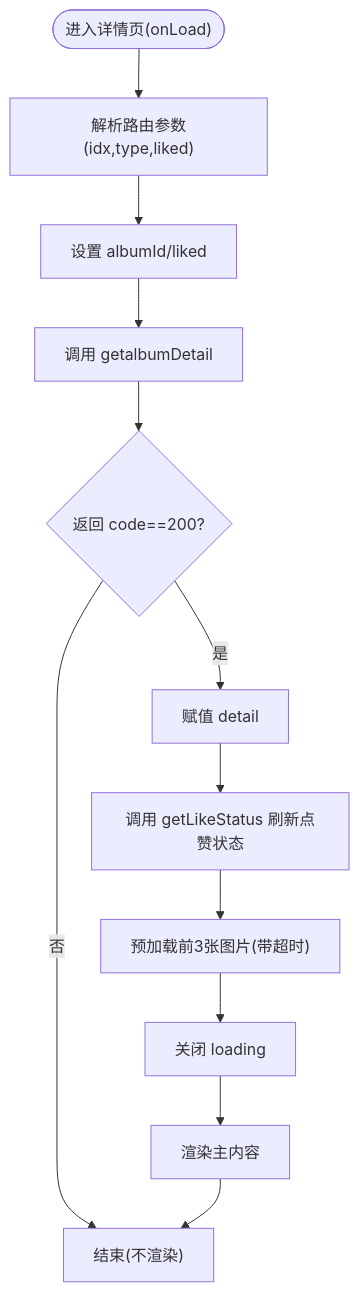
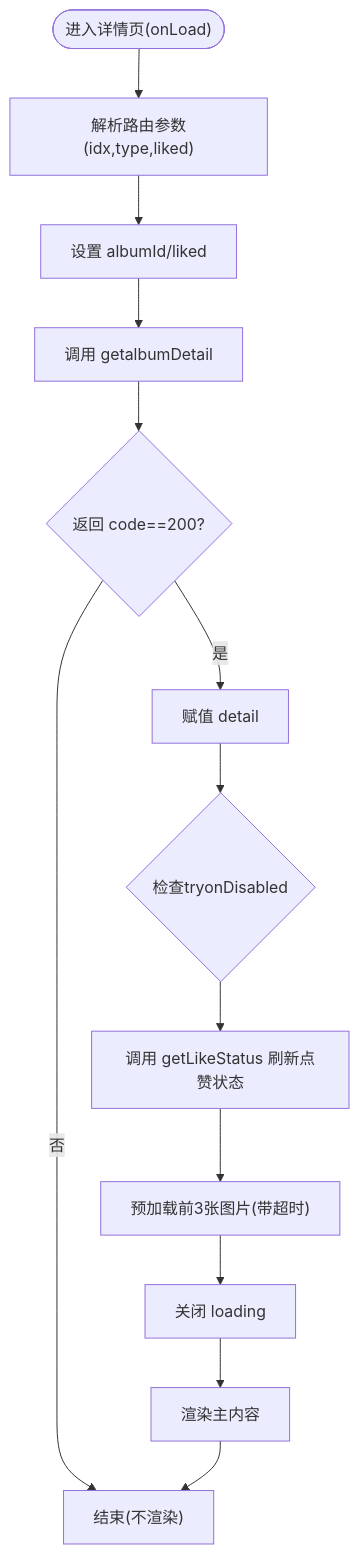
One commit to crazyma99/blueberry changed the third of 6 diagrams in .qoder/repowiki/zh/content/核心功能模块/客片管理系统/客片详情页面.md. Above: the diagram before and after it, drawn with Mermaid. The commit also changed other lines of this file and 79 other files, not shown here.

````diff
--- a/.qoder/repowiki/zh/content/核心功能模块/客片管理系统/客片详情页面.md
+++ b/.qoder/repowiki/zh/content/核心功能模块/客片管理系统/客片详情页面.md
@@ -178,14 +239,15 @@
 ```mermaid
 flowchart TD
 Start(["进入详情页(onLoad)"]) --> Parse["解析路由参数(idx,type,liked)"]
 Parse --> SetState["设置 albumId/liked"]
 SetState --> CallAPI["调用 getalbumDetail"]
 CallAPI --> RespOK{"返回 code==200?"}
 RespOK --> |否| End["结束(不渲染)"]
 RespOK --> |是| Assign["赋值 detail"]
-Assign --> RefreshLike["调用 getLikeStatus 刷新点赞状态"]
+Assign --> CheckTryon{"检查tryonDisabled"}
+CheckTryon --> RefreshLike["调用 getLikeStatus 刷新点赞状态"]
 RefreshLike --> Preload["预加载前3张图片(带超时)"]
 Preload --> HideLoading["关闭 loading"]
 HideLoading --> Render["渲染主内容"]
 Render --> End
 ```
````
